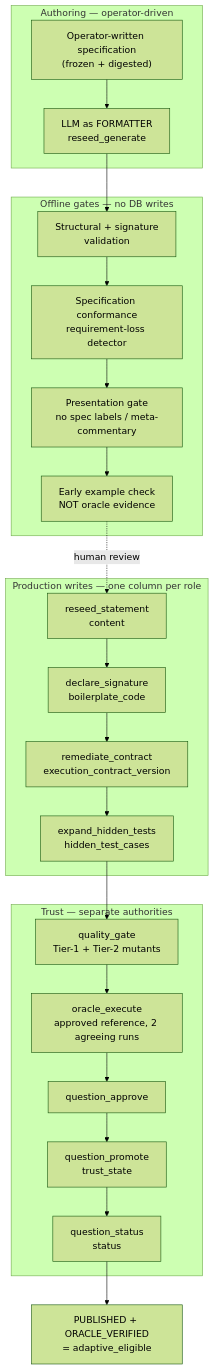
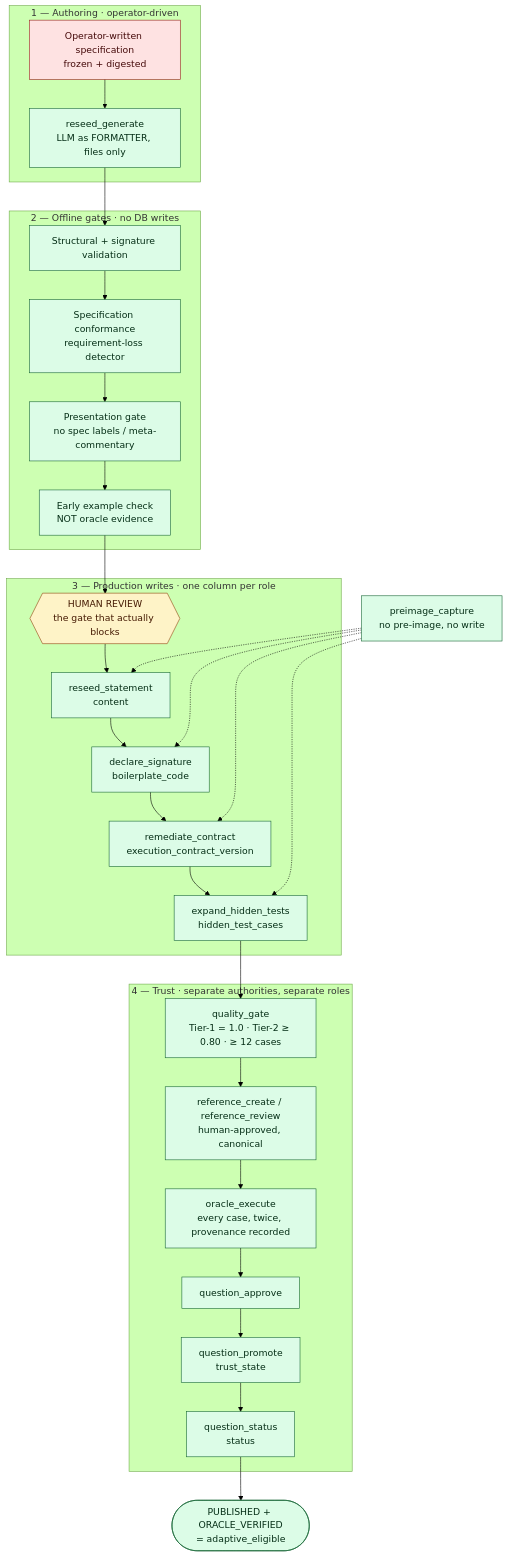
Before and after one commit to Kurapati-Sai-Suhas/SparkLM: the second of 2 diagrams in README.md, drawn with Mermaid (forest theme). The commit also changed other lines of this file, not shown here.

First line of the commit message:
docs: align README and interview architecture with the current system

````diff
--- a/README.md
+++ b/README.md
@@ -73,35 +106,52 @@
 ```mermaid
 flowchart TD
-    subgraph authoring["Authoring — operator-driven"]
-        SPEC["Operator-written specification<br/>(frozen + digested)"]
-        GEN["LLM as FORMATTER<br/>reseed_generate"]
+    subgraph authoring["1 — Authoring · operator-driven"]
+        SPEC["Operator-written specification<br/>frozen + digested"]
+        GEN["reseed_generate<br/>LLM as FORMATTER, files only"]
         SPEC --> GEN
     end
 
-    subgraph gates["Offline gates — no DB writes"]
-        STRUCT["Structural + signature<br/>validation"]
+    subgraph gates["2 — Offline gates · no DB writes"]
+        STRUCT["Structural + signature validation"]
         CONF["Specification conformance<br/>requirement-loss detector"]
         PRES["Presentation gate<br/>no spec labels / meta-commentary"]
         EX["Early example check<br/>NOT oracle evidence"]
         GEN --> STRUCT --> CONF --> PRES --> EX
     end
 
-    subgraph write["Production writes — one column per role"]
+    HR{{"HUMAN REVIEW<br/>the gate that actually blocks"}}
+    EX --> HR
+
+    subgraph write["3 — Production writes · one column per role"]
         ST["reseed_statement<br/>content"]
         SIG["declare_signature<br/>boilerplate_code"]
         CTR["remediate_contract<br/>execution_contract_version"]
         HT["expand_hidden_tests<br/>hidden_test_cases"]
-        EX -.human review.-> ST --> SIG --> CTR --> HT
+        HR --> ST --> SIG --> CTR --> HT
     end
 
-    subgraph trust["Trust — separate authorities"]
-        QG["quality_gate<br/>Tier-1 + Tier-2 mutants"]
-        OR["oracle_execute<br/>approved reference, 2 agreeing runs"]
+    PI["preimage_capture<br/>no pre-image, no write"]
+    PI -.-> ST
+    PI -.-> SIG
+    PI -.-> CTR
+    PI -.-> HT
+
+    subgraph trust["4 — Trust · separate authorities, separate roles"]
+        QG["quality_gate<br/>Tier-1 = 1.0 · Tier-2 &ge; 0.80 · &ge; 12 cases"]
+        REF["reference_create / reference_review<br/>human-approved, canonical"]
+        OR["oracle_execute<br/>every case, twice, provenance recorded"]
         AP["question_approve"]
         PR["question_promote<br/>trust_state"]
         PU["question_status<br/>status"]
-        HT --> QG --> OR --> AP --> PR --> PU
+        HT --> QG --> REF --> OR --> AP --> PR --> PU
     end
 
-    PU --> SERVE["PUBLISHED + ORACLE_VERIFIED<br/>= adaptive_eligible"]
+    PU --> SERVE(["PUBLISHED + ORACLE_VERIFIED<br/>= adaptive_eligible"])
+
+    classDef done fill:#dcfce7,stroke:#166534,color:#052e16
+    classDef human fill:#fef3c7,stroke:#92400e,color:#451a03
+    classDef block fill:#fee2e2,stroke:#991b1b,color:#450a0a
+    class GEN,STRUCT,CONF,PRES,EX,ST,SIG,CTR,HT,QG,REF,OR,AP,PR,PU,SERVE,PI done
+    class HR human
+    class SPEC block
 ```
````
